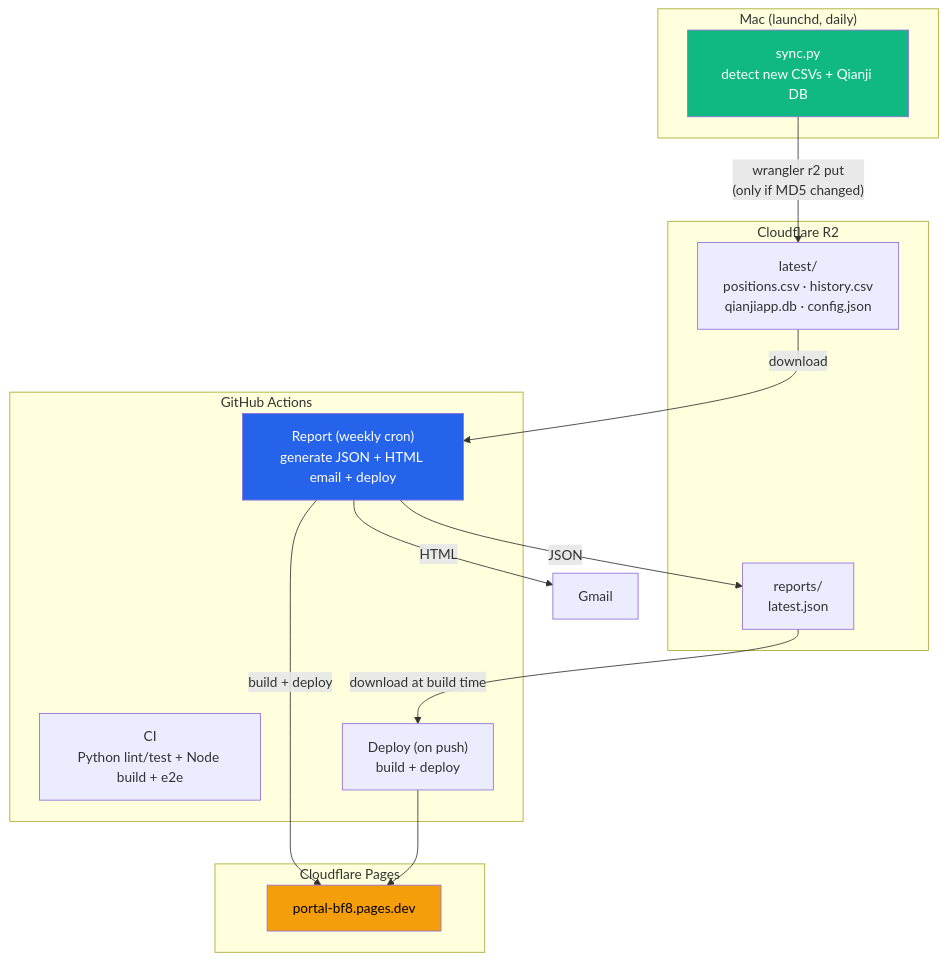
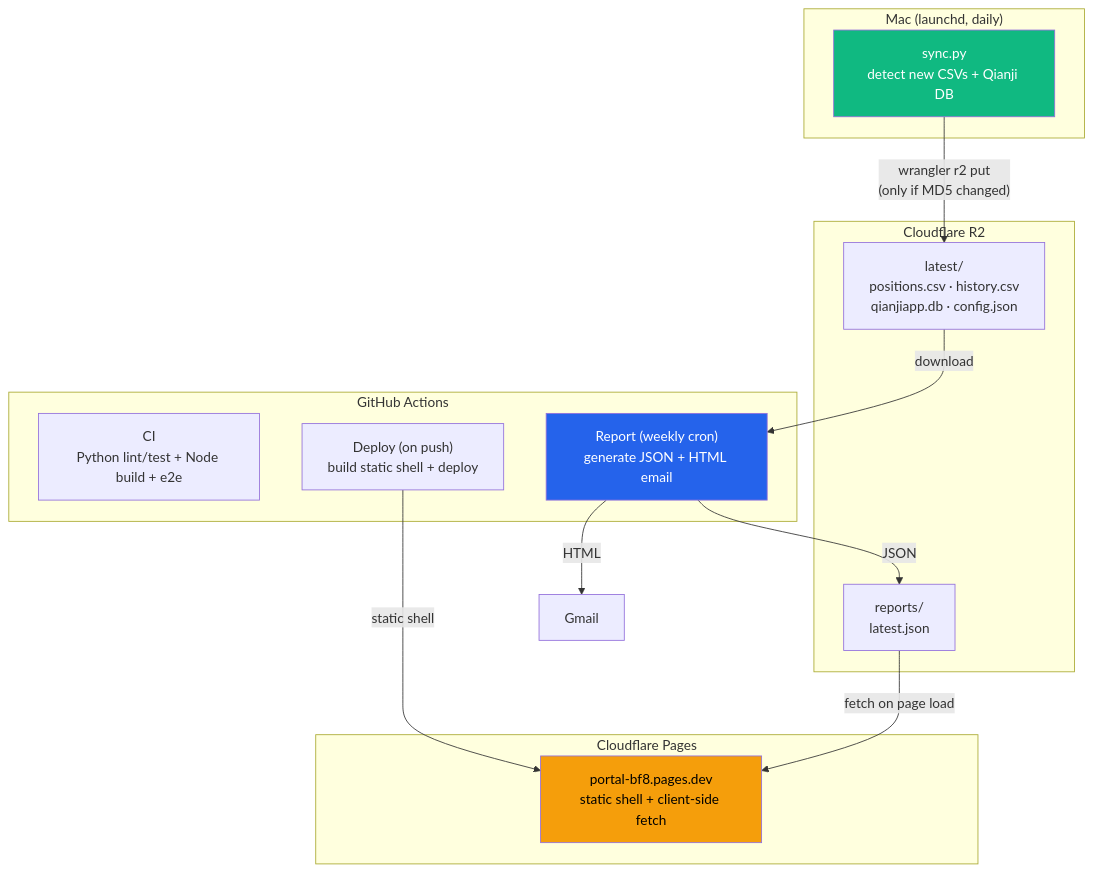
Before and after one commit to Guoyuer/portal: the first of 4 diagrams in README.md, drawn with Mermaid. The commit also changed other lines of this file, not shown here.

Commit message:
docs: Update README for dynamic R2 fetch architecture

````diff
--- a/README.md
+++ b/README.md
@@ -9,33 +9,32 @@
 ```mermaid
 graph TB
     subgraph "Mac (launchd, daily)"
         SYNC["sync.py<br/>detect new CSVs + Qianji DB"]
     end
 
     subgraph "Cloudflare R2"
         RAW["latest/<br/>positions.csv · history.csv<br/>qianjiapp.db · config.json"]
         JSON["reports/<br/>latest.json"]
     end
 
     subgraph "GitHub Actions"
         CI["CI<br/>Python lint/test + Node build + e2e"]
-        REPORT["Report (weekly cron)<br/>generate JSON + HTML email + deploy"]
-        DEPLOY["Deploy (on push)<br/>build + deploy"]
+        REPORT["Report (weekly cron)<br/>generate JSON + HTML email"]
+        DEPLOY["Deploy (on push)<br/>build static shell + deploy"]
     end
 
     subgraph "Cloudflare Pages"
-        PAGES["portal-bf8.pages.dev"]
+        PAGES["portal-bf8.pages.dev<br/>static shell + client-side fetch"]
     end
 
     SYNC -->|"wrangler r2 put<br/>(only if MD5 changed)"| RAW
     RAW -->|download| REPORT
     REPORT -->|JSON| JSON
     REPORT -->|HTML| EMAIL[Gmail]
-    REPORT -->|build + deploy| PAGES
-    JSON -->|download at build time| DEPLOY
-    DEPLOY --> PAGES
+    DEPLOY -->|static shell| PAGES
+    JSON -->|"fetch on page load"| PAGES
 
     style SYNC fill:#10b981,color:#fff
     style REPORT fill:#2563eb,color:#fff
     style PAGES fill:#f59e0b,color:#000
 ```
````
